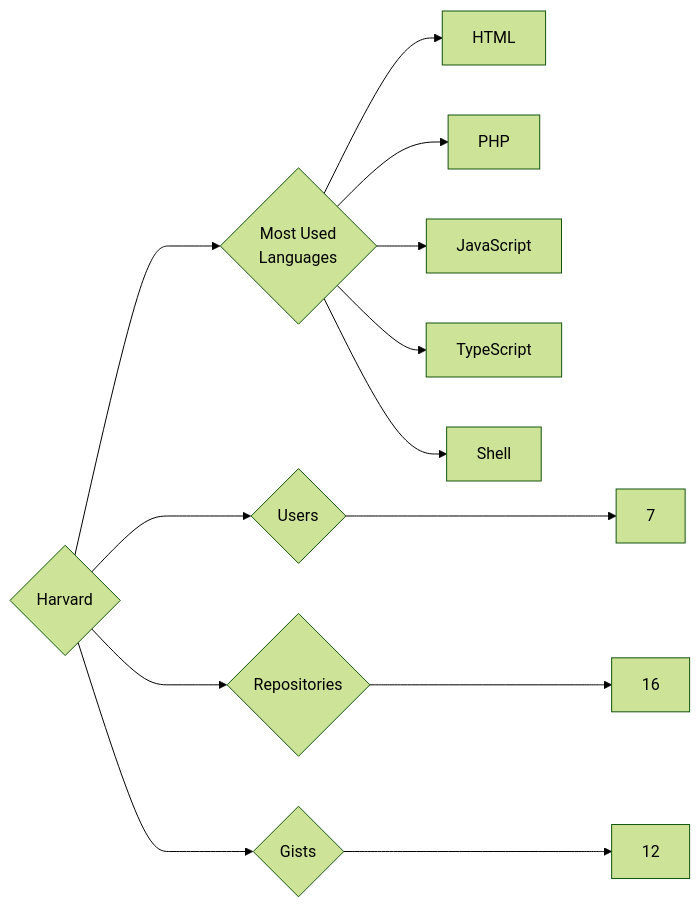
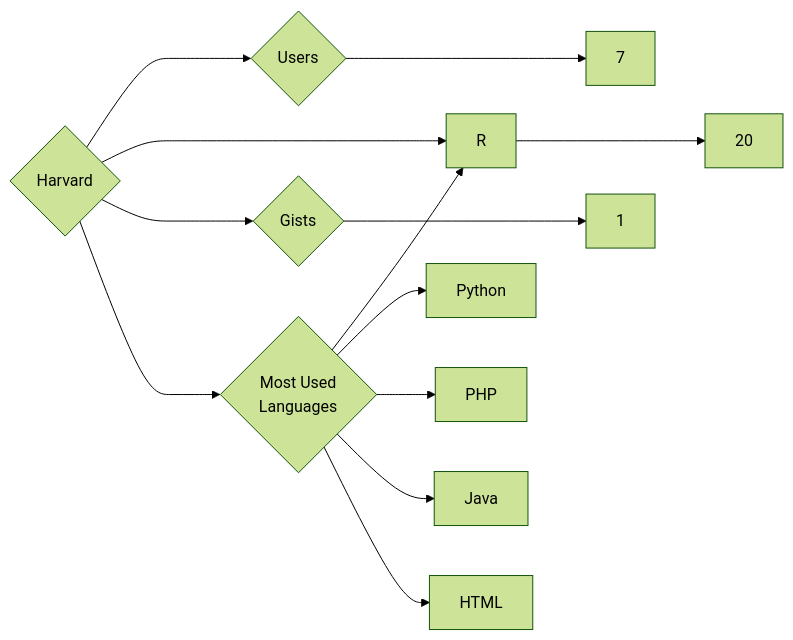
The diagram in targets/Harvard/README.md (trickest/insiders), drawn with Mermaid (forest theme) before and after one commit. The commit also changed 880 other files, not shown here.

````diff
--- a/targets/Harvard/README.md
+++ b/targets/Harvard/README.md
@@ -3,13 +3,13 @@
 ```mermaid
 graph LR
 COMPANY_NAME{Harvard}
 COMPANY_NAME ---> U{Users} ---> UN[7]
-COMPANY_NAME ---> R{Repositories} ---> RN[16]
-COMPANY_NAME ---> G{Gists} ---> GN[12]
+COMPANY_NAME ---> R{Repositories} ---> RN[20]
+COMPANY_NAME ---> G{Gists} ---> GN[1]
 COMPANY_NAME ---> ML{Most Used<br>Languages}
+ML --> R[R]
+ML --> Python[Python]
+ML --> PHP[PHP]
+ML --> Java[Java]
 ML --> HTML[HTML]
-ML --> PHP[PHP]
-ML --> JavaScript[JavaScript]
-ML --> TypeScript[TypeScript]
-ML --> Shell[Shell]
 ```
````
